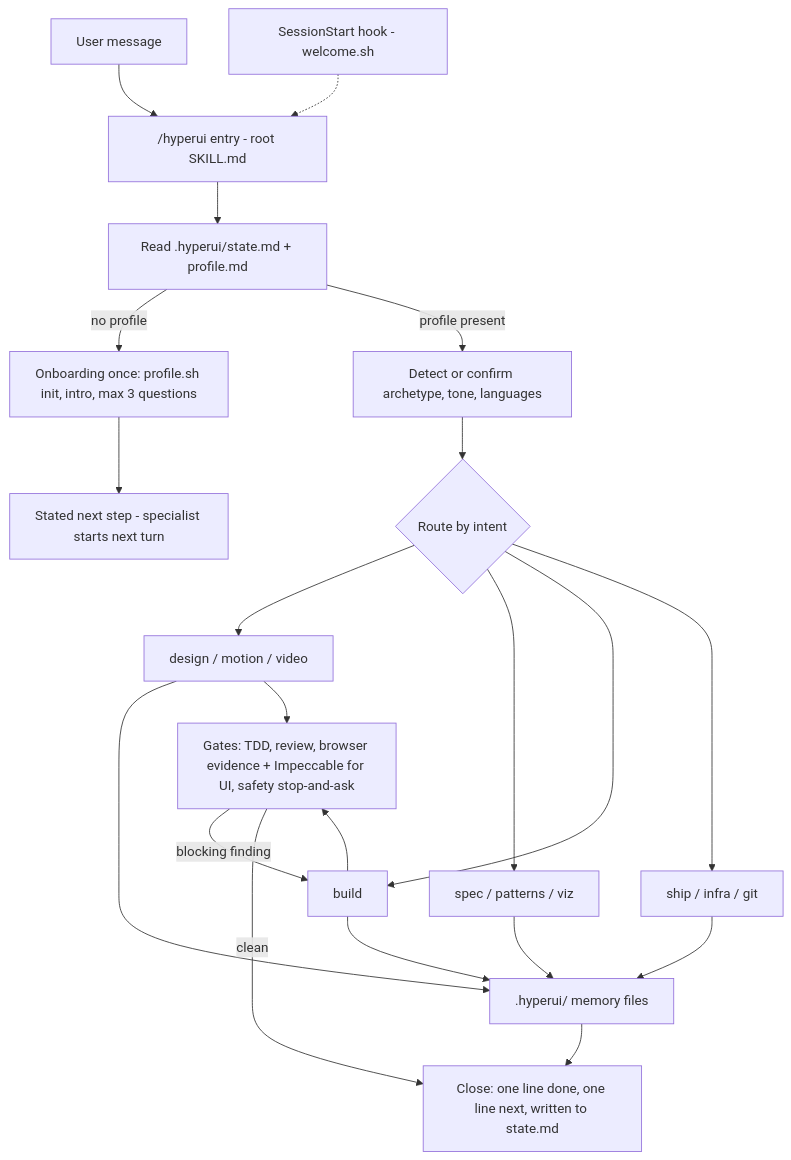
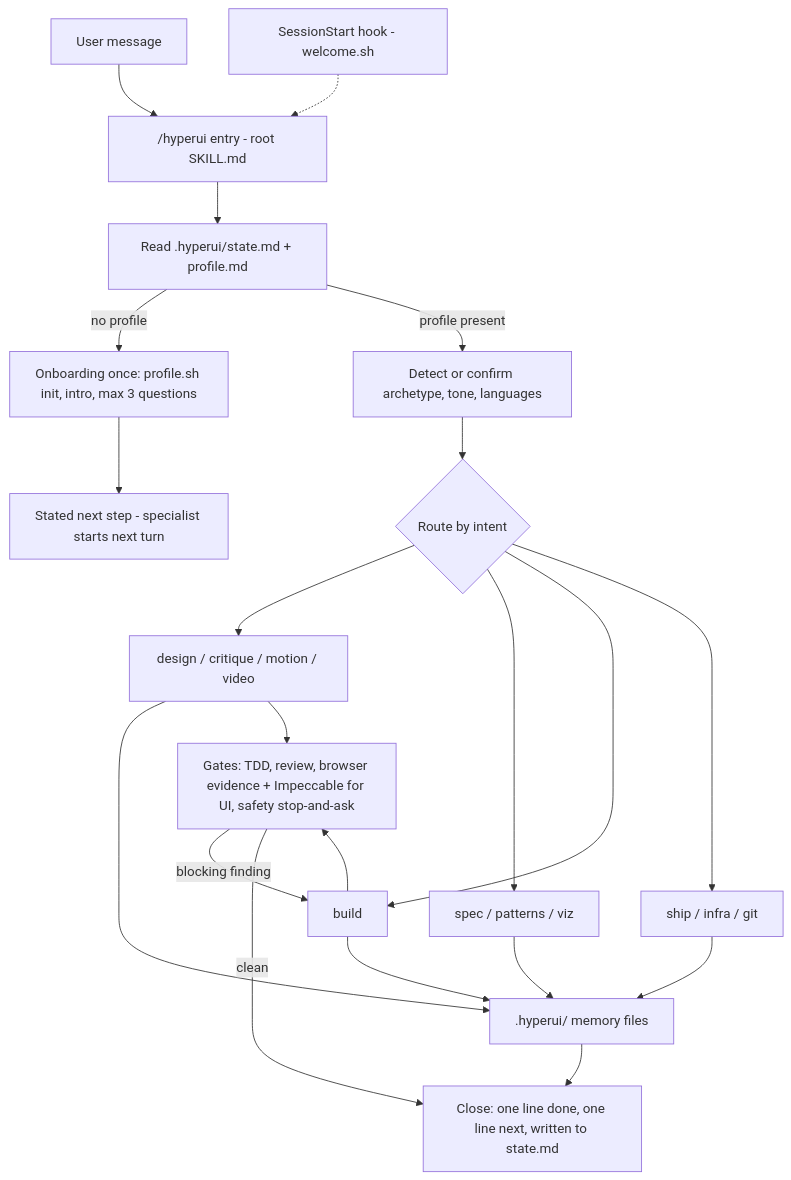
One commit to tizon9804/hyperui changed the diagram in docs/architecture.md. Above: the diagram before and after it, drawn with Mermaid. The commit also changed other lines of this file and 14 other files, not shown here.

````diff
--- a/docs/architecture.md
+++ b/docs/architecture.md
@@ -66,23 +68,23 @@
 ```mermaid
 flowchart TD
   U["User message"] --> E["/hyperui entry - root SKILL.md"]
   H["SessionStart hook - welcome.sh"] -.-> E
   E --> M["Read .hyperui/state.md + profile.md"]
   M -- "no profile" --> O["Onboarding once: profile.sh init, intro, max 3 questions"]
   O --> N["Stated next step - specialist starts next turn"]
   M -- "profile present" --> A["Detect or confirm archetype, tone, languages"]
   A --> R{"Route by intent"}
-  R --> S1["design / motion / video"]
+  R --> S1["design / critique / motion / video"]
   R --> S2["spec / patterns / viz"]
   R --> S3["build"]
   R --> S4["ship / infra / git"]
   S1 --> MEM[".hyperui/ memory files"]
   S2 --> MEM
   S3 --> MEM
   S4 --> MEM
   S3 --> G["Gates: TDD, review, browser evidence + Impeccable for UI, safety stop-and-ask"]
   S1 --> G
   G -- "blocking finding" --> S3
   G -- "clean" --> D["Close: one line done, one line next, written to state.md"]
   MEM --> D
 ```
````
